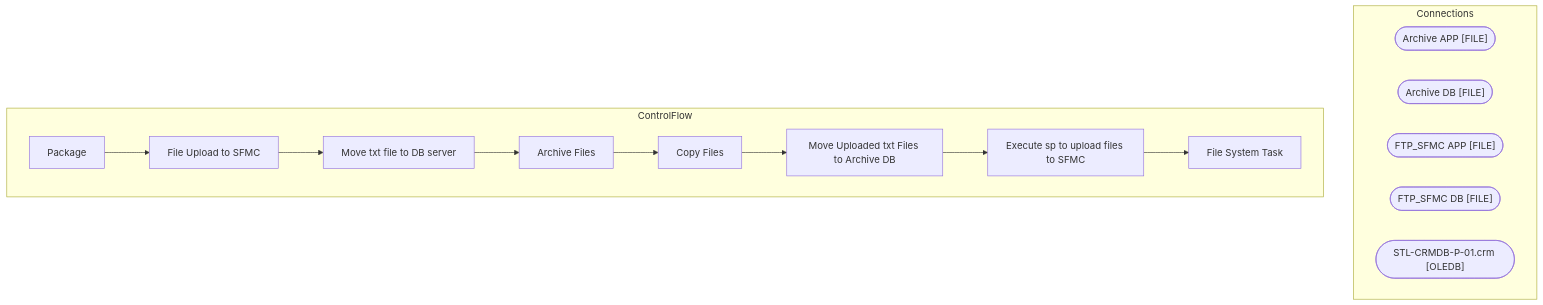
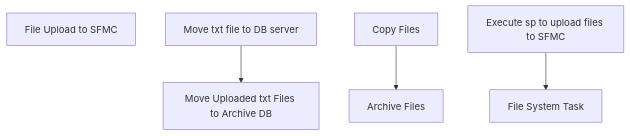
The diagram in bab-docs-explorer/Documentation/STL-SSIS-P-01/SSIS/CRM/FileUploadSFMC.Package.md (juanandresbrain/BABSkills), drawn with Mermaid before and after one commit. The commit also changed other lines of this file and 273 other files, not shown here.

````diff
--- a/bab-docs-explorer/Documentation/STL-SSIS-P-01/SSIS/CRM/FileUploadSFMC.Package.md
+++ b/bab-docs-explorer/Documentation/STL-SSIS-P-01/SSIS/CRM/FileUploadSFMC.Package.md
@@ -9,27 +44,13 @@
 ```mermaid
 flowchart TD
-    subgraph Connections
-        Archive_APP_conn(["Archive APP [FILE]"])
-        Archive_DB_conn(["Archive DB [FILE]"])
-        FTP_SFMC_APP_conn(["FTP_SFMC APP [FILE]"])
-        FTP_SFMC_DB_conn(["FTP_SFMC DB [FILE]"])
-        STL_CRMDB_P_01_crm_conn(["STL-CRMDB-P-01.crm [OLEDB]"])
-    end
-    subgraph ControlFlow
-        Package_task["Package"]
-        File_Upload_to_SFMC_task["File Upload to SFMC"]
-        Package_task --> File_Upload_to_SFMC_task
-        Move_txt_file_to_DB_server_task["Move txt file to DB server"]
-        File_Upload_to_SFMC_task --> Move_txt_file_to_DB_server_task
-        Archive_Files_task["Archive Files"]
-        Move_txt_file_to_DB_server_task --> Archive_Files_task
-        Copy_Files_task["Copy Files"]
-        Archive_Files_task --> Copy_Files_task
-        Move_Uploaded_txt_Files_to_Archive_DB_task["Move Uploaded txt Files to Archive DB"]
-        Copy_Files_task --> Move_Uploaded_txt_Files_to_Archive_DB_task
-        Execute_sp_to_upload_files_to_SFMC_task["Execute sp to upload files to SFMC"]
-        Move_Uploaded_txt_Files_to_Archive_DB_task --> Execute_sp_to_upload_files_to_SFMC_task
-        File_System_Task_task["File System Task"]
-        Execute_sp_to_upload_files_to_SFMC_task --> File_System_Task_task
-    end
+    n_Package_File_Upload_to_SFMC["File Upload to SFMC"]
+    n_Package_File_Upload_to_SFMC_Move_txt_file_to_DB_server["Move txt file to DB server"]
+    n_Package_File_Upload_to_SFMC_Move_txt_file_to_DB_server_Archive_Files["Archive Files"]
+    n_Package_File_Upload_to_SFMC_Move_txt_file_to_DB_server_Copy_Files["Copy Files"]
+    n_Package_File_Upload_to_SFMC_Move_Uploaded_txt_Files_to_Archive_DB["Move Uploaded txt Files to Archive DB"]
+    n_Package_File_Upload_to_SFMC_Move_Uploaded_txt_Files_to_Archive_DB_Execute_sp_to_upload_files_to_SFMC["Execute sp to upload files to SFMC"]
+    n_Package_File_Upload_to_SFMC_Move_Uploaded_txt_Files_to_Archive_DB_File_System_Task["File System Task"]
+    n_Package_File_Upload_to_SFMC_Move_txt_file_to_DB_server_Copy_Files --> n_Package_File_Upload_to_SFMC_Move_txt_file_to_DB_server_Archive_Files
+    n_Package_File_Upload_to_SFMC_Move_Uploaded_txt_Files_to_Archive_DB_Execute_sp_to_upload_files_to_SFMC --> n_Package_File_Upload_to_SFMC_Move_Uploaded_txt_Files_to_Archive_DB_File_System_Task
+    n_Package_File_Upload_to_SFMC_Move_txt_file_to_DB_server --> n_Package_File_Upload_to_SFMC_Move_Uploaded_txt_Files_to_Archive_DB
 ```
````
